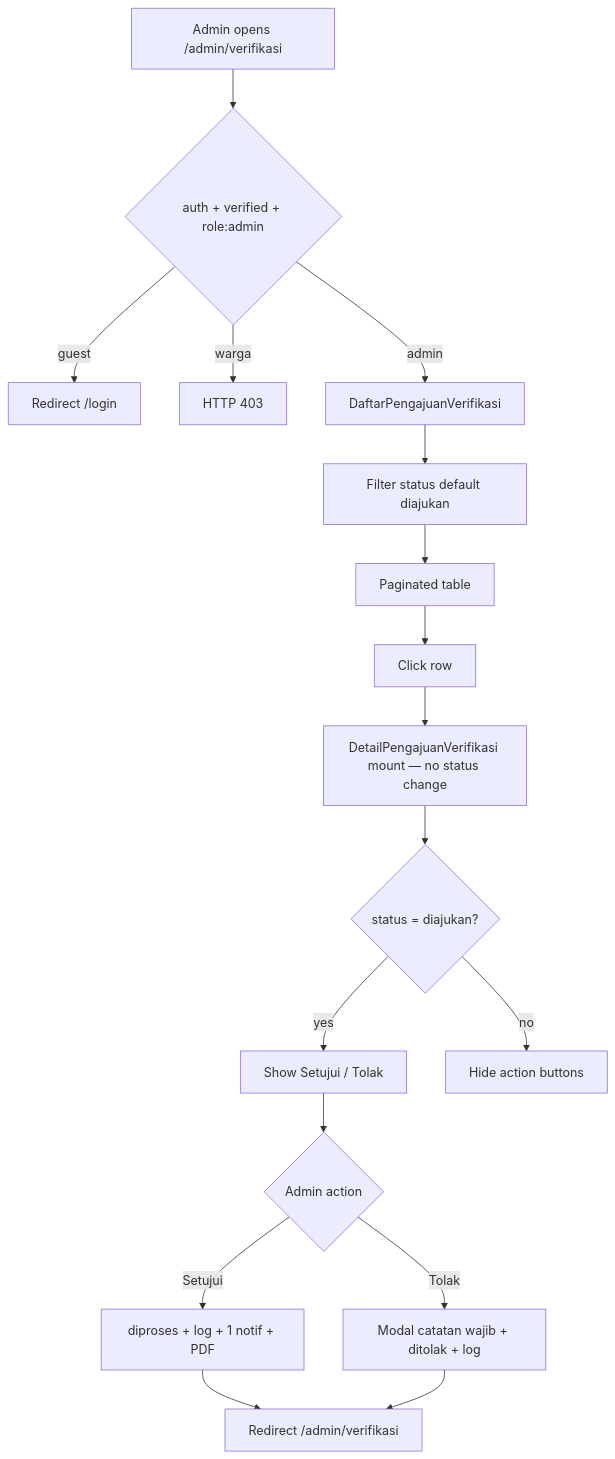
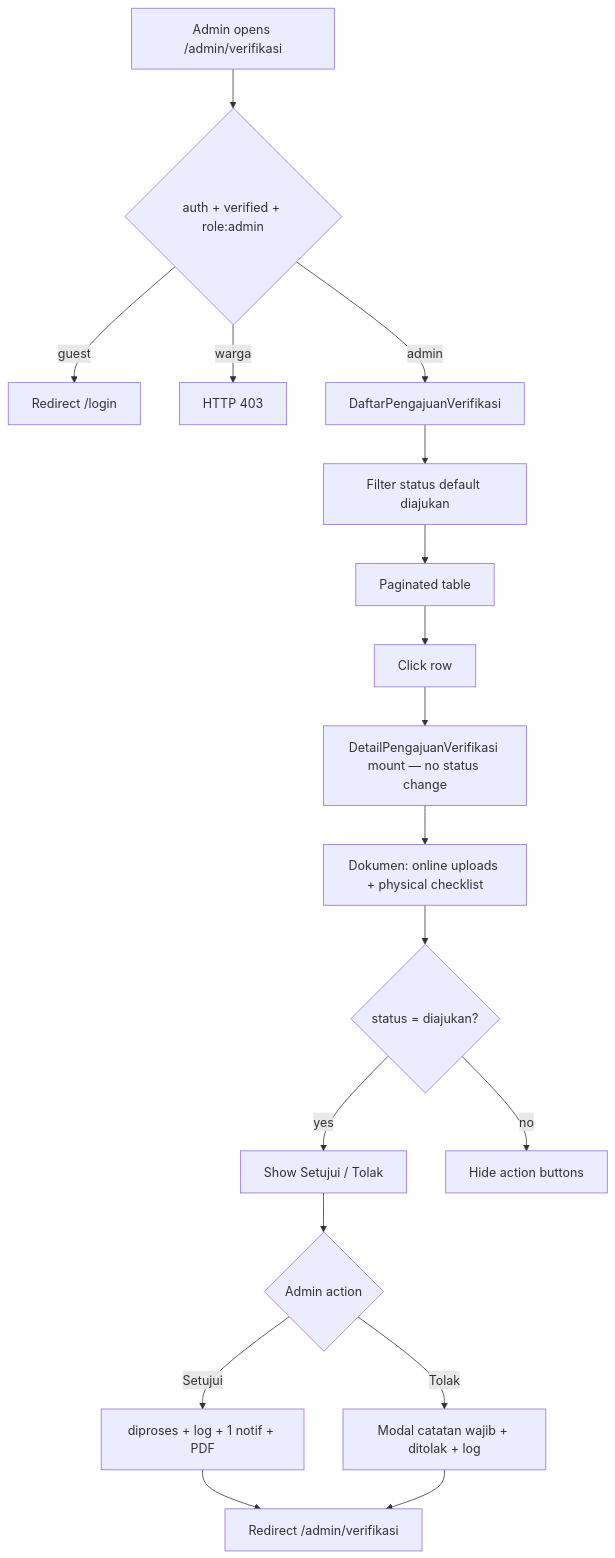
The first of 2 diagrams in docs/dev-docs/features/verifikasi-pengajuan.md (ZulfikarHD/sistem-desa), drawn with Mermaid before and after one commit. The commit also changed other lines of this file and 23 other files, not shown here.

First line of the commit message:
feat(persyaratan): tampilkan badge syarat publik dan checklist fisik verifikasi

````diff
--- a/docs/dev-docs/features/verifikasi-pengajuan.md
+++ b/docs/dev-docs/features/verifikasi-pengajuan.md
@@ -11,19 +13,20 @@
 ```mermaid
 flowchart TD
     A[Admin opens /admin/verifikasi] --> B{auth + verified + role:admin}
     B -->|guest| C[Redirect /login]
     B -->|warga| D[HTTP 403]
     B -->|admin| E[DaftarPengajuanVerifikasi]
     E --> F[Filter status default diajukan]
     F --> G[Paginated table]
     G --> H[Click row]
     H --> I[DetailPengajuanVerifikasi mount — no status change]
-    I --> J{status = diajukan?}
-    J -->|yes| K[Show Setujui / Tolak]
-    J -->|no| L[Hide action buttons]
-    K --> M{Admin action}
-    M -->|Setujui| N[diproses + log + 1 notif + PDF]
-    M -->|Tolak| O[Modal catatan wajib + ditolak + log]
-    N --> P[Redirect /admin/verifikasi]
-    O --> P
+    I --> J[Dokumen: online uploads + physical checklist]
+    J --> K{status = diajukan?}
+    K -->|yes| L[Show Setujui / Tolak]
+    K -->|no| M[Hide action buttons]
+    L --> N{Admin action}
+    N -->|Setujui| O[diproses + log + 1 notif + PDF]
+    N -->|Tolak| P[Modal catatan wajib + ditolak + log]
+    O --> Q[Redirect /admin/verifikasi]
+    P --> Q
 ```
````
